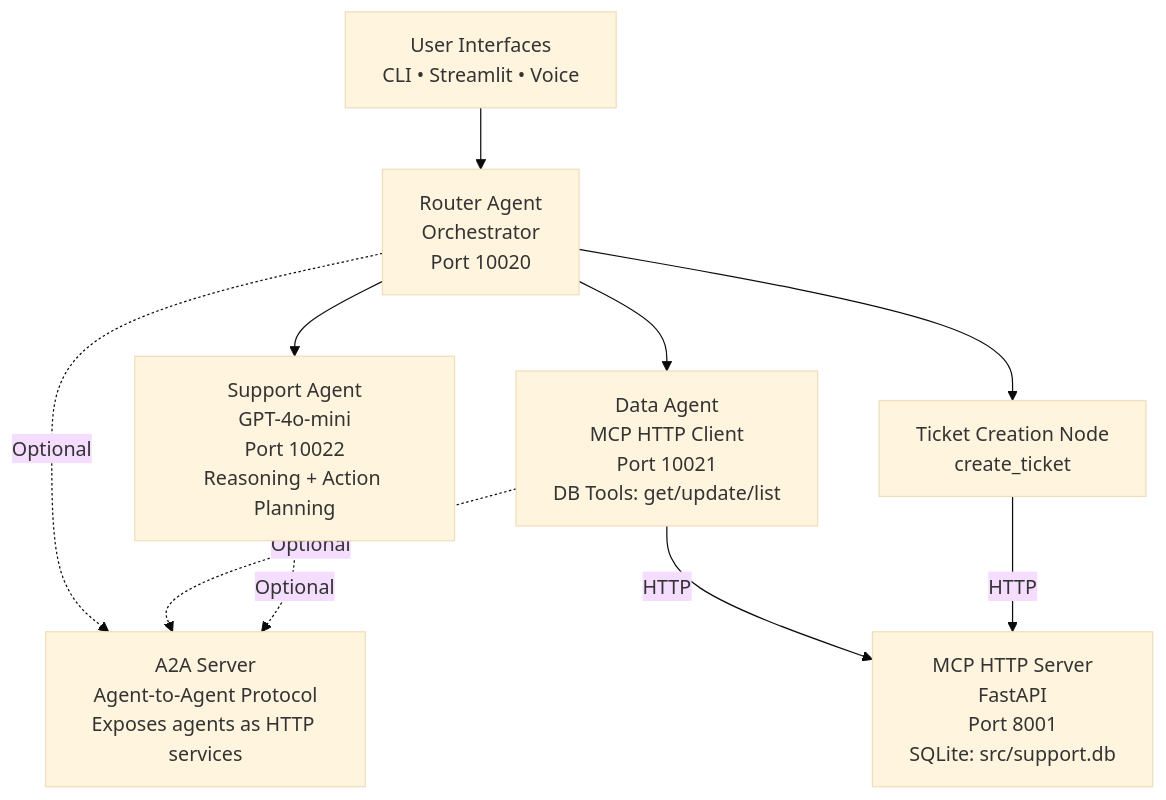
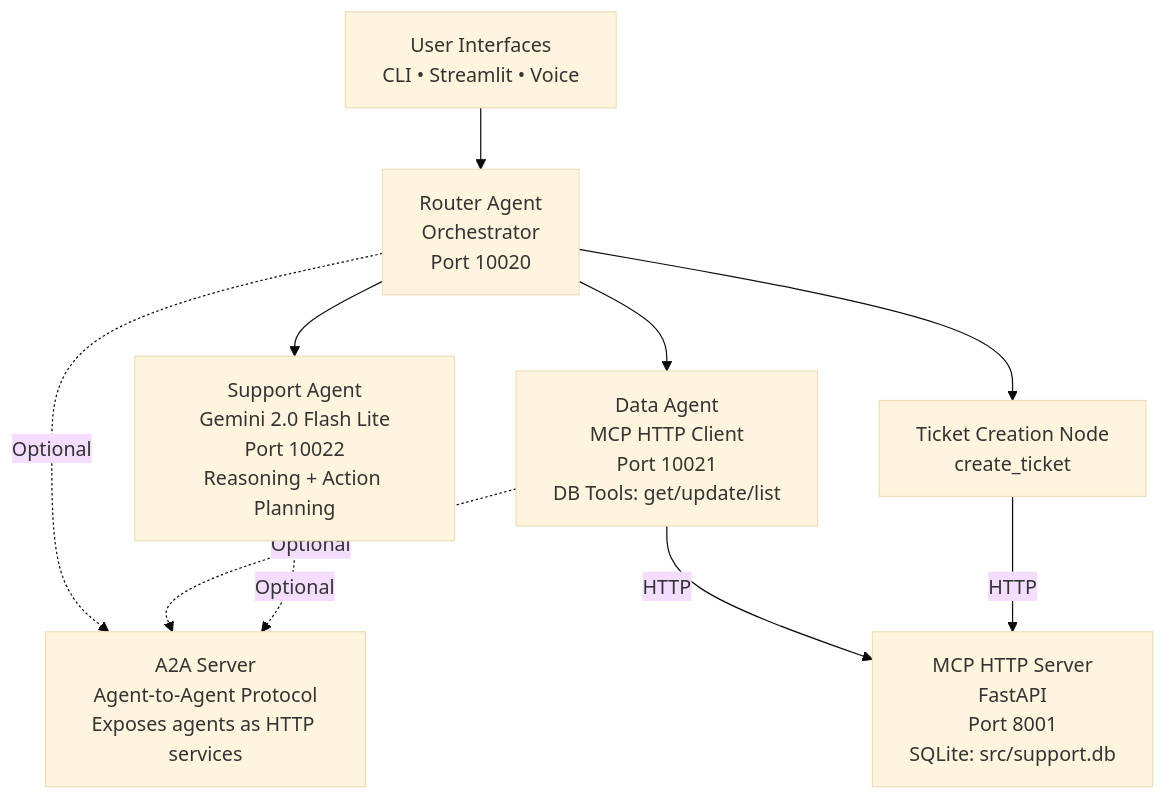
One commit to XuYunlei/multiagent-customer-support changed the diagram in README.md. Above: the diagram before and after it, drawn with Mermaid (base theme). The commit also changed other lines of this file and 7 other files, not shown here.

First line of the commit message:
Update README with concise A2A flows and fix quick_start.sh

````diff
--- a/README.md
+++ b/README.md
@@ -64,26 +64,26 @@
 ```mermaid
 flowchart TD
 
     UI[User Interfaces<br/>CLI • Streamlit • Voice] --> Router
 
     Router[Router Agent<br/>Orchestrator<br/>Port 10020] --> SupportAgent
     Router --> DataAgent
     Router --> TicketNode
 
-    SupportAgent[Support Agent<br/>GPT-4o-mini<br/>Port 10022<br/>Reasoning + Action Planning]
+    SupportAgent[Support Agent<br/>Gemini 2.0 Flash Lite<br/>Port 10022<br/>Reasoning + Action Planning]
 
     DataAgent[Data Agent<br/>MCP HTTP Client<br/>Port 10021<br/>DB Tools: get/update/list]
 
     TicketNode[Ticket Creation Node<br/>create_ticket]
 
     DataAgent -->|HTTP| MCPServer
     TicketNode -->|HTTP| MCPServer
 
     MCPServer[MCP HTTP Server<br/>FastAPI<br/>Port 8001<br/>SQLite: src/support.db]
 
     A2A[A2A Server<br/>Agent-to-Agent Protocol<br/>Exposes agents as HTTP services]
     
     Router -.->|Optional| A2A
     DataAgent -.->|Optional| A2A
     SupportAgent -.->|Optional| A2A
 ```
````
